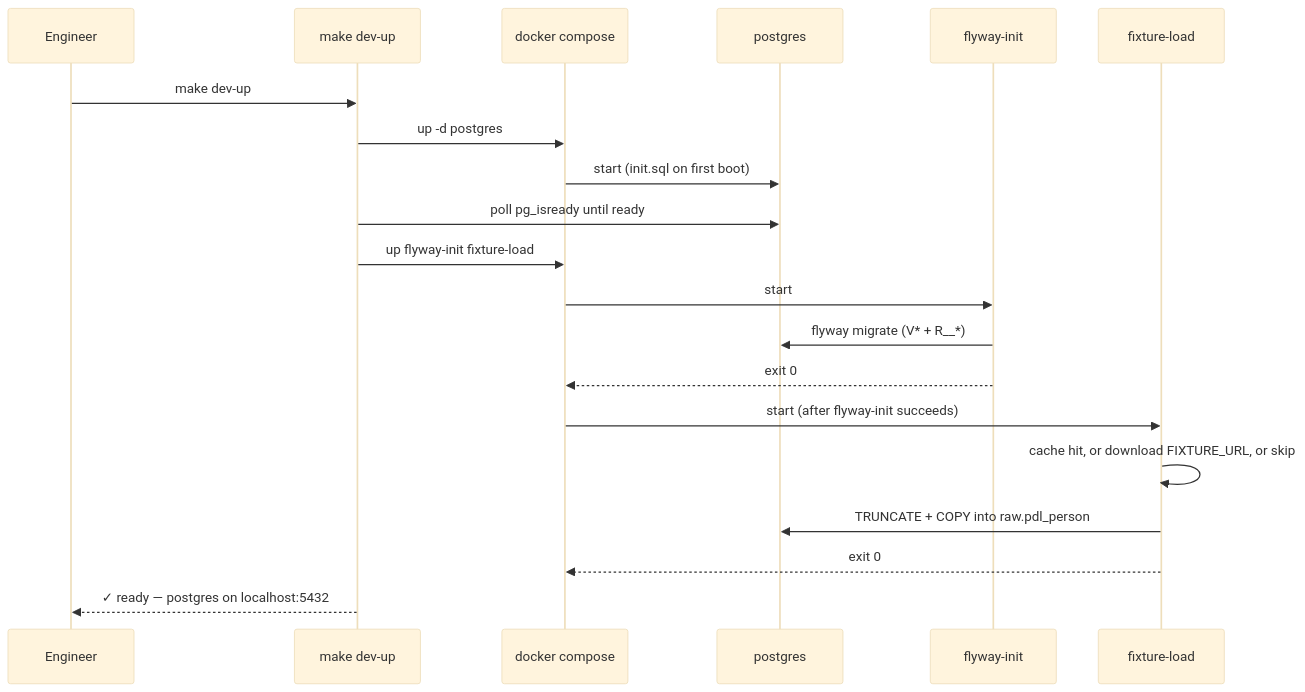
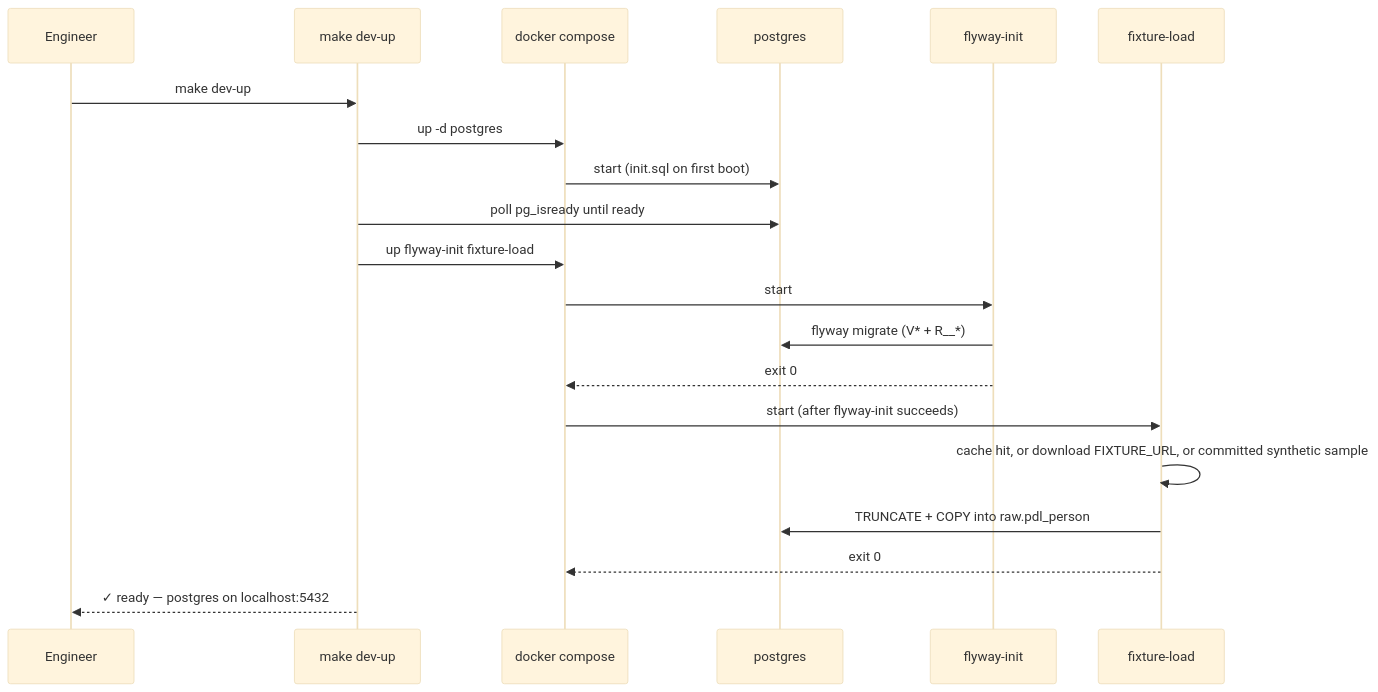
The second of 2 diagrams in docs/design/local-dev-design.md (mfishzon19/pdl-person-pipeline), drawn with Mermaid (base theme) before and after one commit. The commit also changed other lines of this file and 8 other files, not shown here.

First line of the commit message:
Ship a synthetic PDL sample so a fresh clone runs end to end

````diff
--- a/docs/design/local-dev-design.md
+++ b/docs/design/local-dev-design.md
@@ -214,23 +215,23 @@
 ```mermaid
 sequenceDiagram
     participant Eng as Engineer
     participant Make as make dev-up
     participant Compose as docker compose
     participant PG as postgres
     participant FW as flyway-init
     participant FX as fixture-load
 
     Eng->>Make: make dev-up
     Make->>Compose: up -d postgres
     Compose->>PG: start (init.sql on first boot)
     Make->>PG: poll pg_isready until ready
     Make->>Compose: up flyway-init fixture-load
     Compose->>FW: start
     FW->>PG: flyway migrate (V* + R__*)
     FW-->>Compose: exit 0
     Compose->>FX: start (after flyway-init succeeds)
-    FX->>FX: cache hit, or download FIXTURE_URL, or skip
+    FX->>FX: cache hit, or download FIXTURE_URL, or committed synthetic sample
     FX->>PG: TRUNCATE + COPY into raw.pdl_person
     FX-->>Compose: exit 0
     Make-->>Eng: ✓ ready — postgres on localhost:5432
 ```
````
